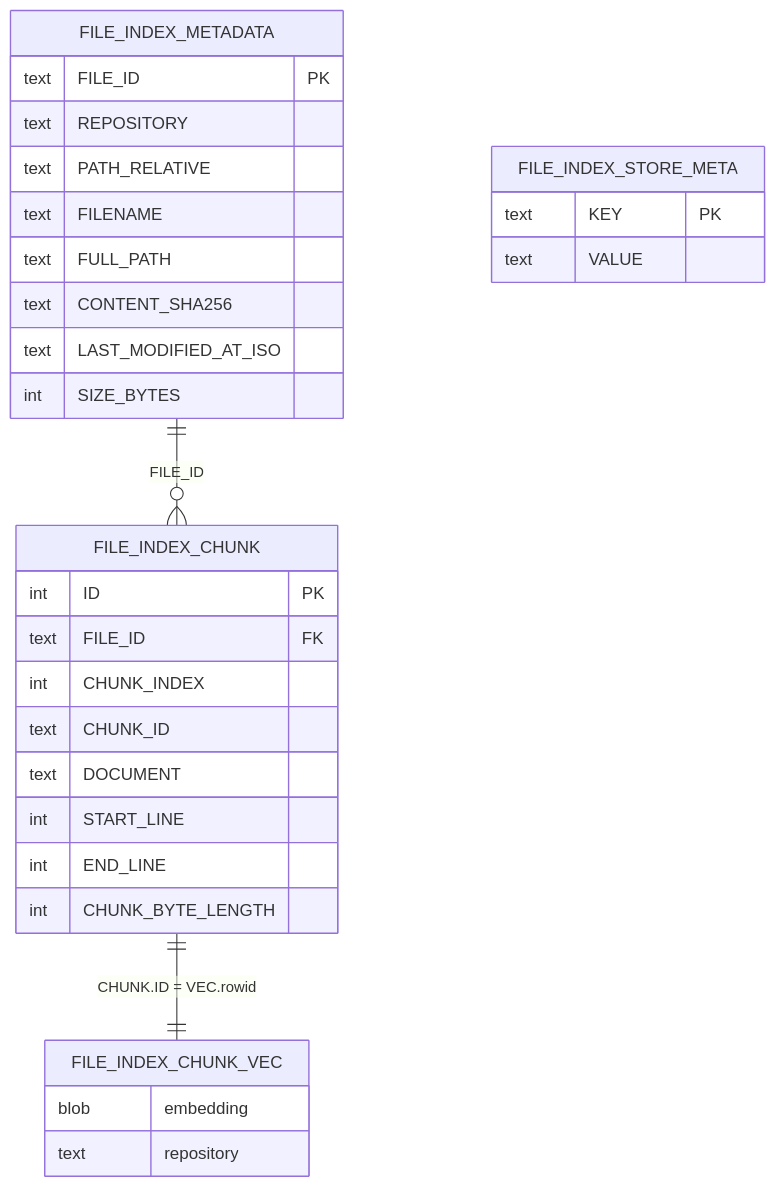
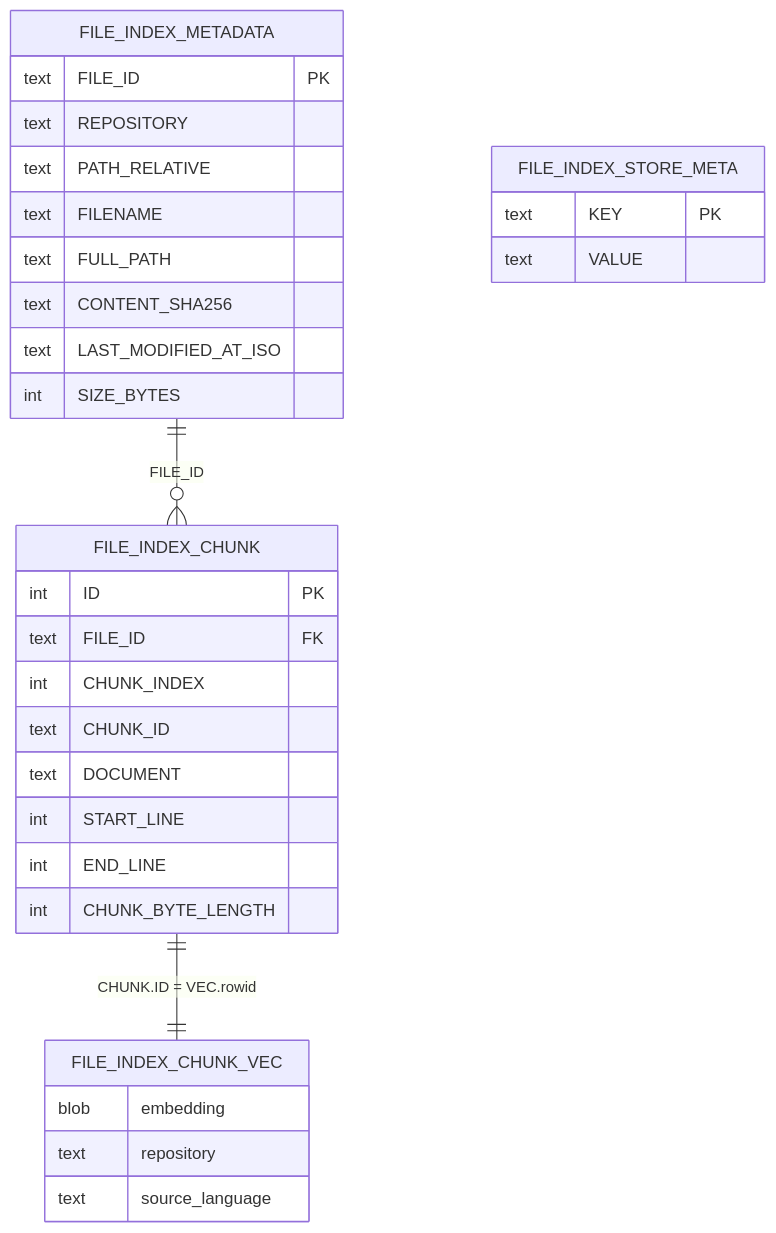
One commit to Lichens-Innovation/ai-dev-tools changed diagram 12 of 17 in incubator/code-crawler/docs/PRESENTATION.md. Above: the diagram before and after it, drawn with Mermaid. The commit also changed 6 other files, not shown here.

First line of the commit message:
feat(code-crawler): knn language filter via vec0 source_language

````diff
--- a/incubator/code-crawler/docs/PRESENTATION.md
+++ b/incubator/code-crawler/docs/PRESENTATION.md
@@ -291,37 +291,38 @@
 ```mermaid
 erDiagram
   FILE_INDEX_METADATA ||--o{ FILE_INDEX_CHUNK : "FILE_ID"
   FILE_INDEX_CHUNK ||--|| FILE_INDEX_CHUNK_VEC : "CHUNK.ID = VEC.rowid"
 
   FILE_INDEX_METADATA {
     text FILE_ID PK
     text REPOSITORY
     text PATH_RELATIVE
     text FILENAME
     text FULL_PATH
     text CONTENT_SHA256
     text LAST_MODIFIED_AT_ISO
     int SIZE_BYTES
   }
 
   FILE_INDEX_CHUNK {
     int ID PK
     text FILE_ID FK
     int CHUNK_INDEX
     text CHUNK_ID
     text DOCUMENT
     int START_LINE
     int END_LINE
     int CHUNK_BYTE_LENGTH
   }
 
   FILE_INDEX_STORE_META {
     text KEY PK
     text VALUE
   }
 
   FILE_INDEX_CHUNK_VEC {
     blob embedding
     text repository
+    text source_language
   }
 ```
````
